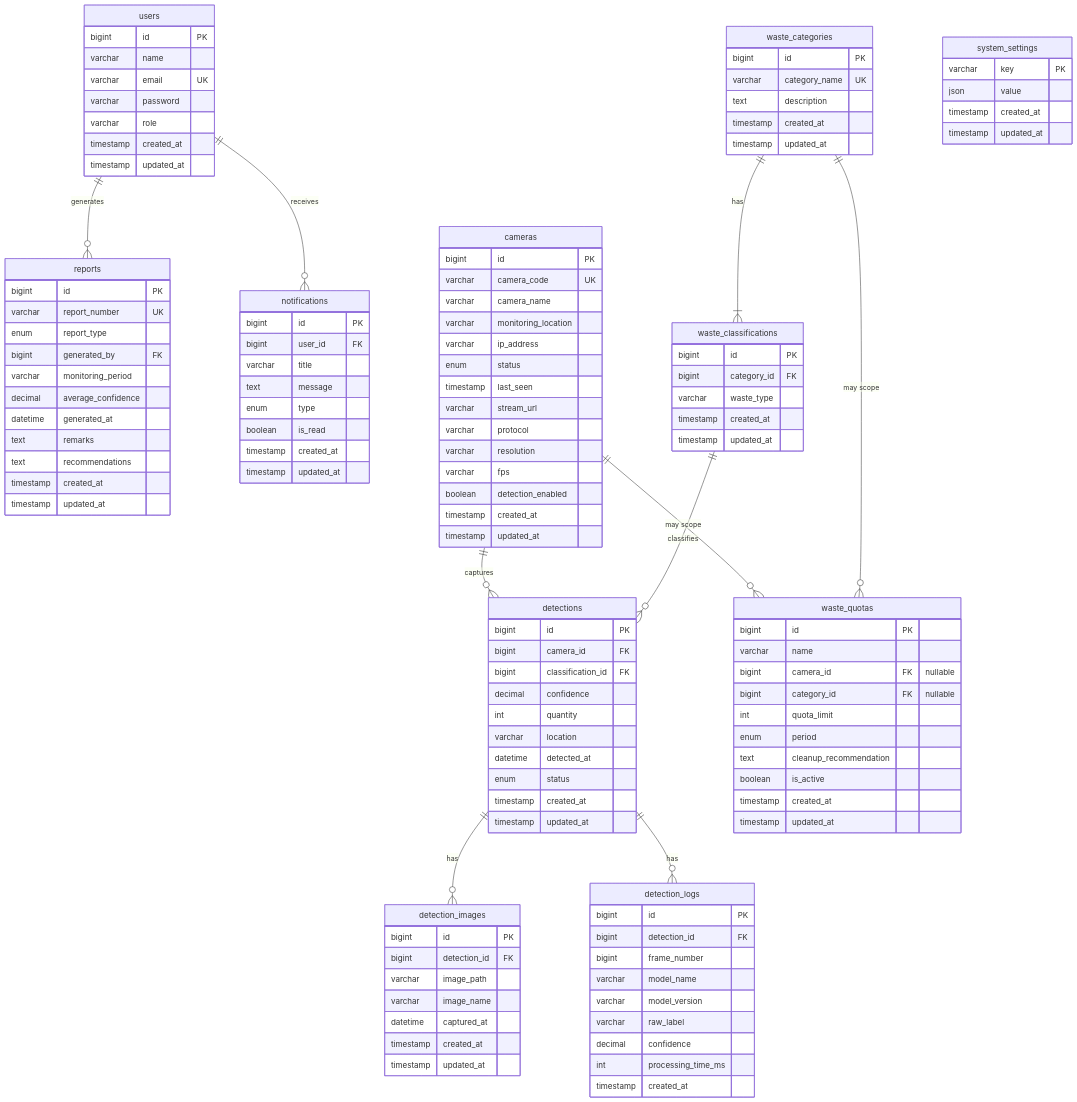
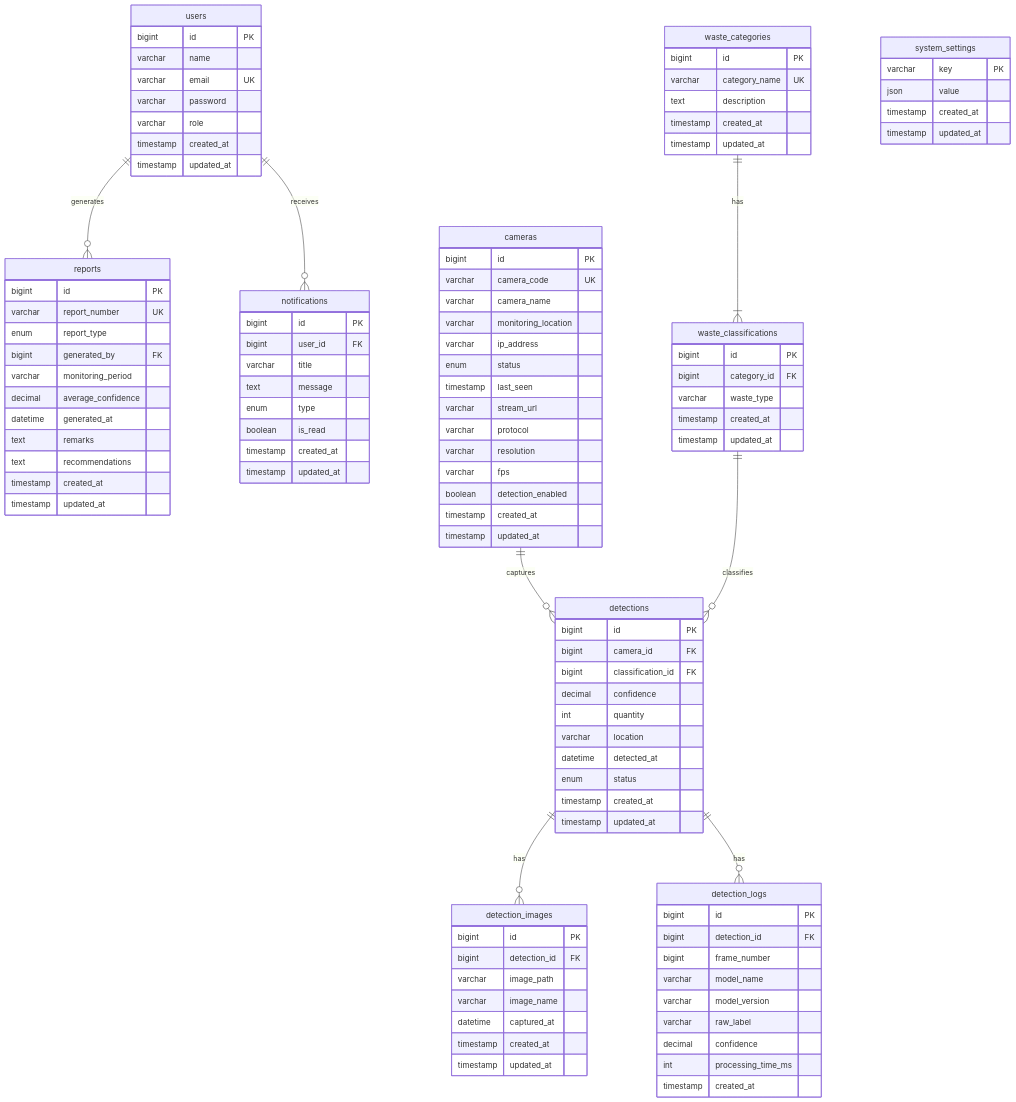
The diagram in docs/diagrams/logical-erd.mmd (Harryjohnejem/coastalwaste), drawn with Mermaid before and after one commit. The commit also changed 194 other files, not shown here.

```diff
--- a/docs/diagrams/logical-erd.mmd
+++ b/docs/diagrams/logical-erd.mmd
@@ -1,138 +1,123 @@
 %% Logical ERD — Computer Vision-Based Coastal Waste Monitoring and Reporting System
 %% Paco Beach, Barangay Gracia
 %% Matches implemented MySQL schema (3NF). Omit Laravel tables: cache, sessions, tokens, migrations.
 %% diagrams.net: Insert → Advanced → Mermaid → paste this file.
 
 erDiagram
     users ||--o{ reports : "generates"
     users ||--o{ notifications : "receives"
     cameras ||--o{ detections : "captures"
-    cameras ||--o{ waste_quotas : "may scope"
     waste_categories ||--|{ waste_classifications : "has"
-    waste_categories ||--o{ waste_quotas : "may scope"
     waste_classifications ||--o{ detections : "classifies"
     detections ||--o{ detection_images : "has"
     detections ||--o{ detection_logs : "has"
 
     users {
         bigint id PK
         varchar name
         varchar email UK
         varchar password
         varchar role
         timestamp created_at
         timestamp updated_at
     }
 
     cameras {
         bigint id PK
         varchar camera_code UK
         varchar camera_name
         varchar monitoring_location
         varchar ip_address
         enum status
         timestamp last_seen
         varchar stream_url
         varchar protocol
         varchar resolution
         varchar fps
         boolean detection_enabled
         timestamp created_at
         timestamp updated_at
     }
 
     waste_categories {
         bigint id PK
         varchar category_name UK
         text description
         timestamp created_at
         timestamp updated_at
     }
 
     waste_classifications {
         bigint id PK
         bigint category_id FK
         varchar waste_type
         timestamp created_at
         timestamp updated_at
     }
 
     detections {
         bigint id PK
         bigint camera_id FK
         bigint classification_id FK
         decimal confidence
         int quantity
         varchar location
         datetime detected_at
         enum status
         timestamp created_at
         timestamp updated_at
     }
 
     detection_images {
         bigint id PK
         bigint detection_id FK
         varchar image_path
         varchar image_name
         datetime captured_at
         timestamp created_at
         timestamp updated_at
     }
 
     detection_logs {
         bigint id PK
         bigint detection_id FK
         bigint frame_number
         varchar model_name
         varchar model_version
         varchar raw_label
         decimal confidence
         int processing_time_ms
         timestamp created_at
     }
 
-    waste_quotas {
-        bigint id PK
-        varchar name
-        bigint camera_id FK "nullable"
-        bigint category_id FK "nullable"
-        int quota_limit
-        enum period
-        text cleanup_recommendation
-        boolean is_active
-        timestamp created_at
-        timestamp updated_at
-    }
-
     reports {
         bigint id PK
         varchar report_number UK
         enum report_type
         bigint generated_by FK
         varchar monitoring_period
         decimal average_confidence
         datetime generated_at
         text remarks
         text recommendations
         timestamp created_at
         timestamp updated_at
     }
 
     notifications {
         bigint id PK
         bigint user_id FK
         varchar title
         text message
         enum type
         boolean is_read
         timestamp created_at
         timestamp updated_at
     }
 
     system_settings {
         varchar key PK
         json value
         timestamp created_at
         timestamp updated_at
     }
```
